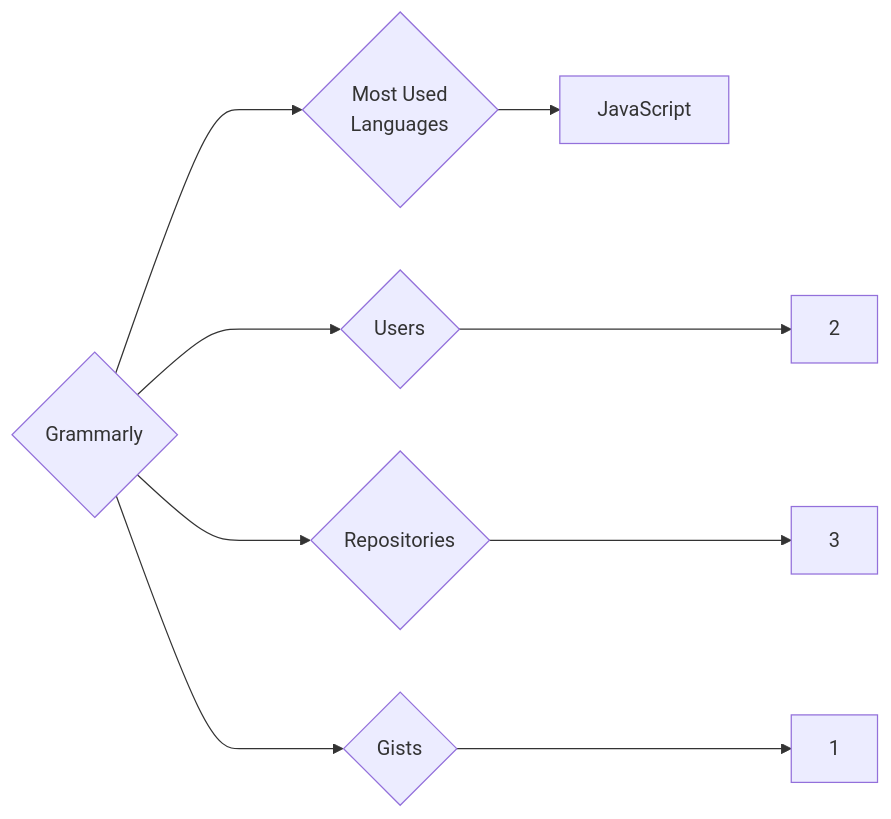
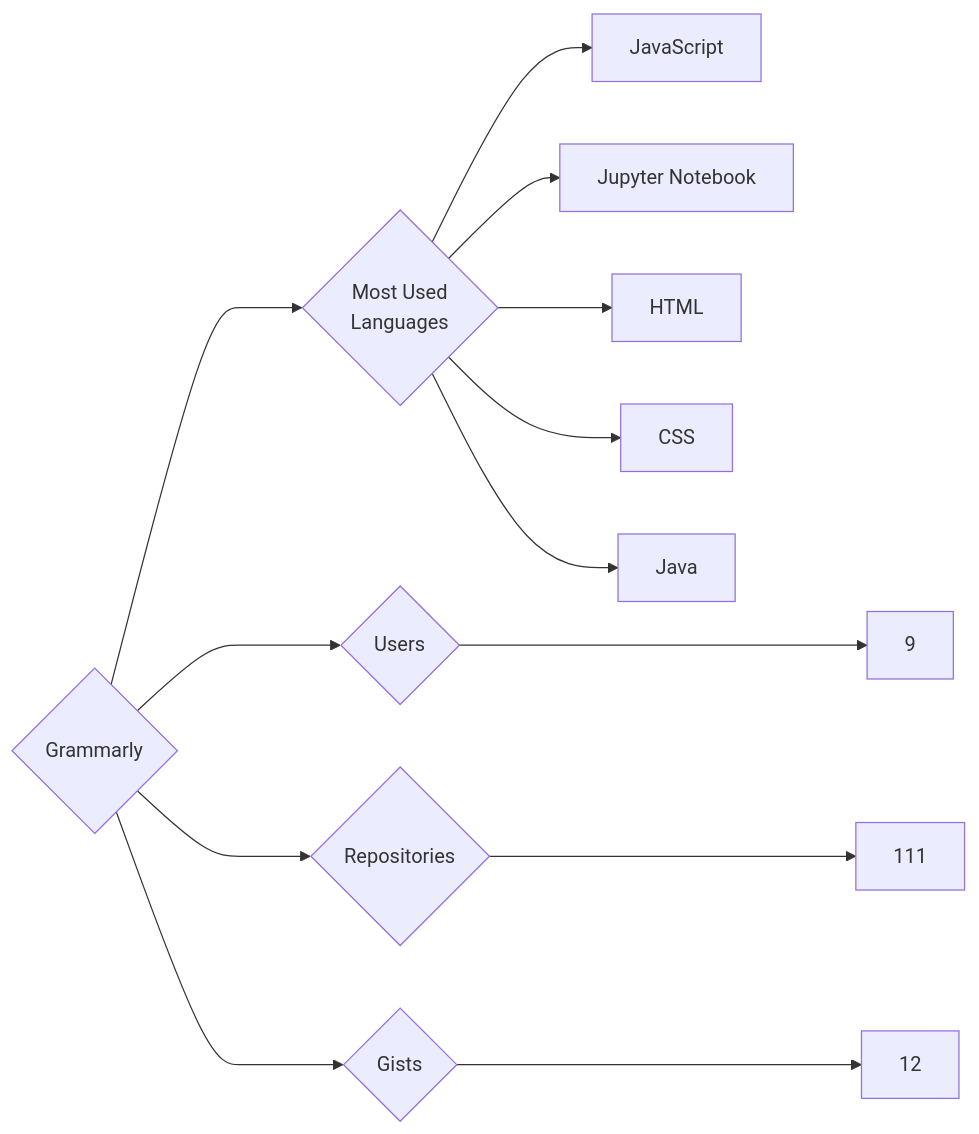
One commit to trickest/insiders changed the diagram in targets/Grammarly/README.md. Above: the diagram before and after it, drawn with Mermaid. The commit also changed 1123 other files, not shown here.

````diff
--- a/targets/Grammarly/README.md
+++ b/targets/Grammarly/README.md
@@ -3,9 +3,13 @@
 ```mermaid
 graph LR
 COMPANY_NAME{Grammarly}
-COMPANY_NAME ---> U{Users} ---> UN[2]
-COMPANY_NAME ---> R{Repositories} ---> RN[3]
-COMPANY_NAME ---> G{Gists} ---> GN[1]
+COMPANY_NAME ---> U{Users} ---> UN[9]
+COMPANY_NAME ---> R{Repositories} ---> RN[111]
+COMPANY_NAME ---> G{Gists} ---> GN[12]
 COMPANY_NAME ---> ML{Most Used<br>Languages}
 ML --> JavaScript[JavaScript]
+ML --> Jupyter_Notebook[Jupyter Notebook]
+ML --> HTML[HTML]
+ML --> CSS[CSS]
+ML --> Java[Java]
 ```
````
